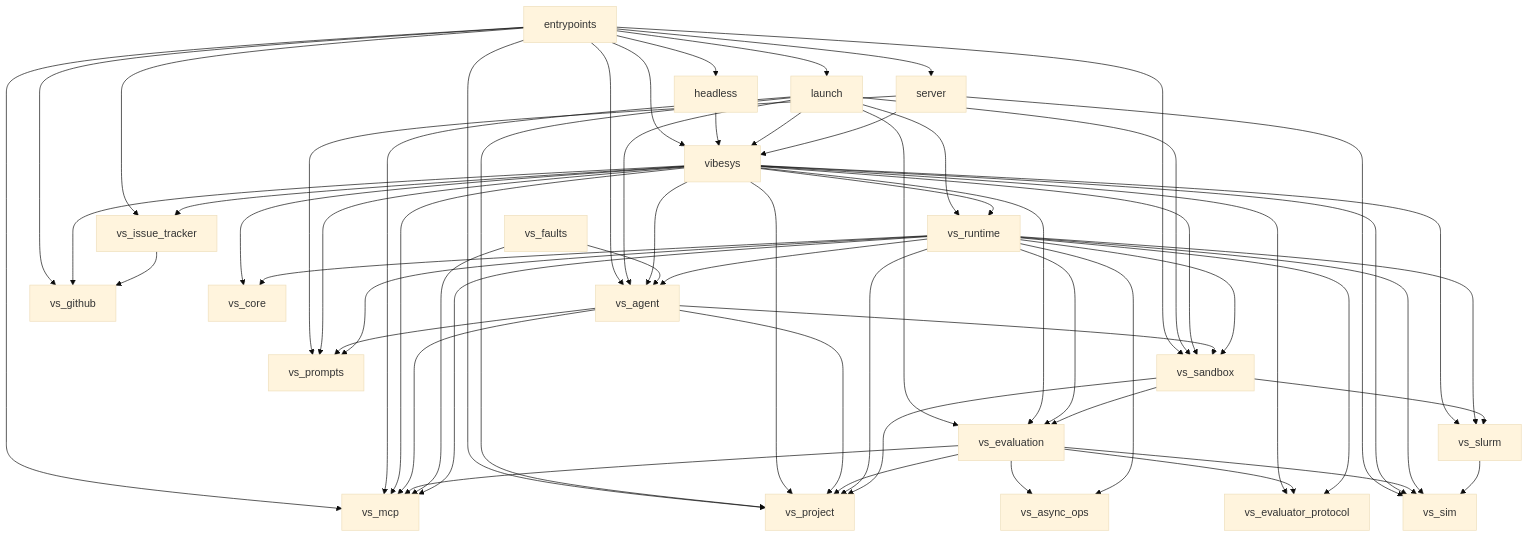
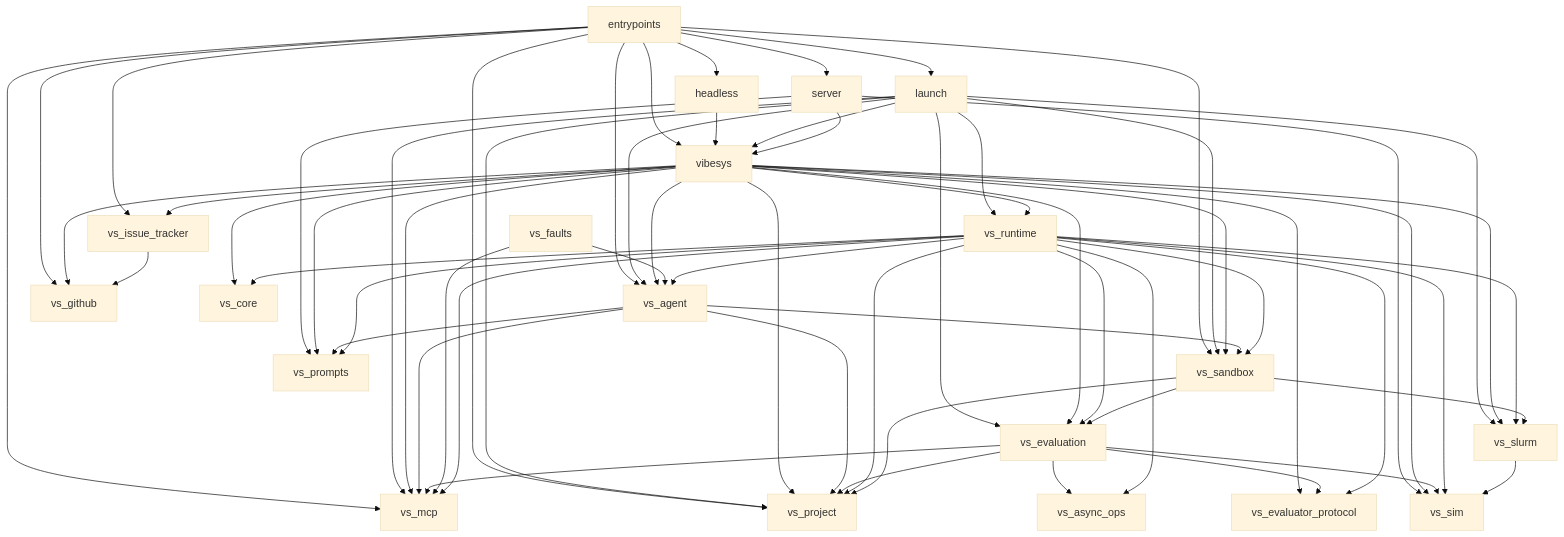
The diagram in docs/contributing/architecture.md (uw-syfi/vibesys), drawn with Mermaid (base theme) before and after one commit. The commit also changed 1 other file, not shown here.

Commit message:
build(tach): allow the Slurm process seam's type edges
Claude-Session: https://claude.ai/code/session_011Skfqu8kd8qVQUVU1CXTJJ

````diff
--- a/docs/contributing/architecture.md
+++ b/docs/contributing/architecture.md
@@ -104,64 +104,65 @@
 ```mermaid
 graph TD
     entrypoints --> headless
     entrypoints --> launch
     entrypoints --> server
     entrypoints --> vibesys
     entrypoints --> vs_agent
     entrypoints --> vs_github
     entrypoints --> vs_issue_tracker
     entrypoints --> vs_mcp
     entrypoints --> vs_project
     entrypoints --> vs_sandbox
     headless --> vibesys
     launch --> vibesys
     launch --> vs_agent
     launch --> vs_evaluation
     launch --> vs_mcp
     launch --> vs_project
     launch --> vs_runtime
     launch --> vs_sandbox
+    launch --> vs_slurm
     server --> vibesys
     server --> vs_prompts
     server --> vs_sim
     vibesys --> vs_agent
     vibesys --> vs_core
     vibesys --> vs_evaluation
     vibesys --> vs_evaluator_protocol
     vibesys --> vs_github
     vibesys --> vs_issue_tracker
     vibesys --> vs_mcp
     vibesys --> vs_project
     vibesys --> vs_prompts
     vibesys --> vs_runtime
     vibesys --> vs_sandbox
     vibesys --> vs_sim
     vibesys --> vs_slurm
     vs_agent --> vs_mcp
     vs_agent --> vs_project
     vs_agent --> vs_prompts
     vs_agent --> vs_sandbox
     vs_evaluation --> vs_async_ops
     vs_evaluation --> vs_evaluator_protocol
     vs_evaluation --> vs_mcp
     vs_evaluation --> vs_project
     vs_evaluation --> vs_sim
     vs_faults --> vs_agent
     vs_faults --> vs_mcp
     vs_issue_tracker --> vs_github
     vs_runtime --> vs_agent
     vs_runtime --> vs_async_ops
     vs_runtime --> vs_core
     vs_runtime --> vs_evaluation
     vs_runtime --> vs_evaluator_protocol
     vs_runtime --> vs_mcp
     vs_runtime --> vs_project
     vs_runtime --> vs_prompts
     vs_runtime --> vs_sandbox
     vs_runtime --> vs_sim
     vs_runtime --> vs_slurm
     vs_sandbox --> vs_evaluation
     vs_sandbox --> vs_project
     vs_sandbox --> vs_slurm
     vs_slurm --> vs_sim
 ```
````
